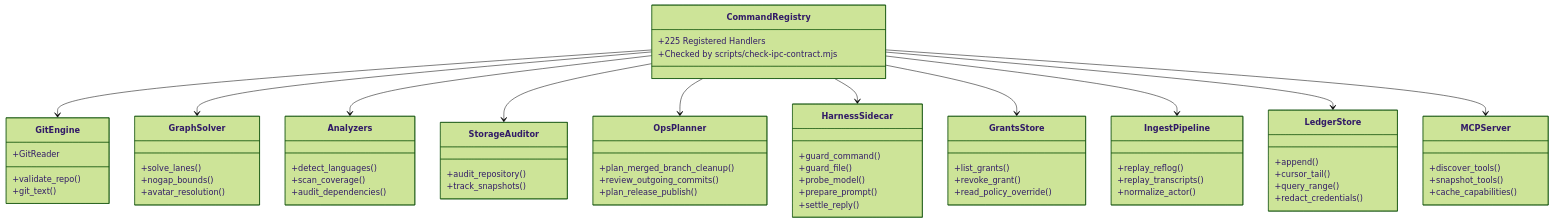
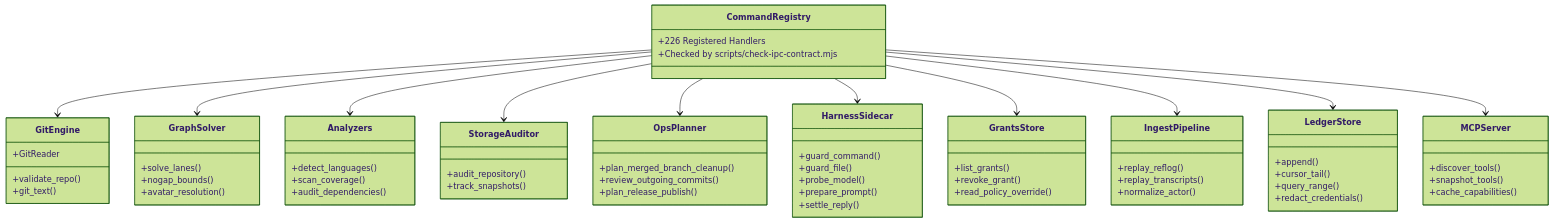
The third of 4 diagrams in docs/ARCHITECTURE.md (bharathvbcr/GitPulse), drawn with Mermaid (forest theme) before and after one commit. The commit also changed other lines of this file and 107 other files, not shown here.

````diff
--- a/docs/ARCHITECTURE.md
+++ b/docs/ARCHITECTURE.md
@@ -185,70 +185,70 @@
 ```mermaid
 classDiagram
     class CommandRegistry {
-        +225 Registered Handlers
+        +226 Registered Handlers
         +Checked by scripts/check-ipc-contract.mjs
     }
     class GitEngine {
         +validate_repo()
         +git_text()
         +GitReader
     }
     class GraphSolver {
         +solve_lanes()
         +nogap_bounds()
         +avatar_resolution()
     }
     class Analyzers {
         +detect_languages()
         +scan_coverage()
         +audit_dependencies()
     }
     class StorageAuditor {
         +audit_repository()
         +track_snapshots()
     }
     class GrantsStore {
         +list_grants()
         +revoke_grant()
         +read_policy_override()
     }
     class IngestPipeline {
         +replay_reflog()
         +replay_transcripts()
         +normalize_actor()
     }
     class LedgerStore {
         +append()
         +cursor_tail()
         +query_range()
         +redact_credentials()
     }
     class OpsPlanner {
         +plan_merged_branch_cleanup()
         +review_outgoing_commits()
         +plan_release_publish()
     }
     class MCPServer {
         +discover_tools()
         +snapshot_tools()
         +cache_capabilities()
     }
     class HarnessSidecar {
         +guard_command()
         +guard_file()
         +probe_model()
         +prepare_prompt()
         +settle_reply()
     }
 
     CommandRegistry --> GitEngine
     CommandRegistry --> GraphSolver
     CommandRegistry --> Analyzers
     CommandRegistry --> StorageAuditor
     CommandRegistry --> OpsPlanner
     CommandRegistry --> HarnessSidecar
     CommandRegistry --> GrantsStore
     CommandRegistry --> IngestPipeline
     CommandRegistry --> LedgerStore
     CommandRegistry --> MCPServer
 ```
````
